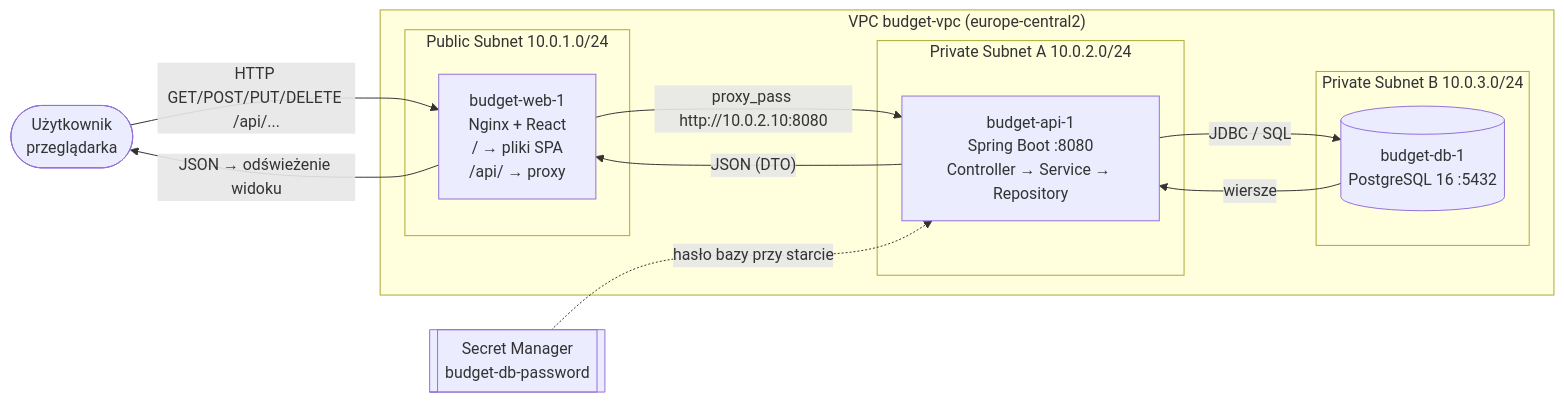
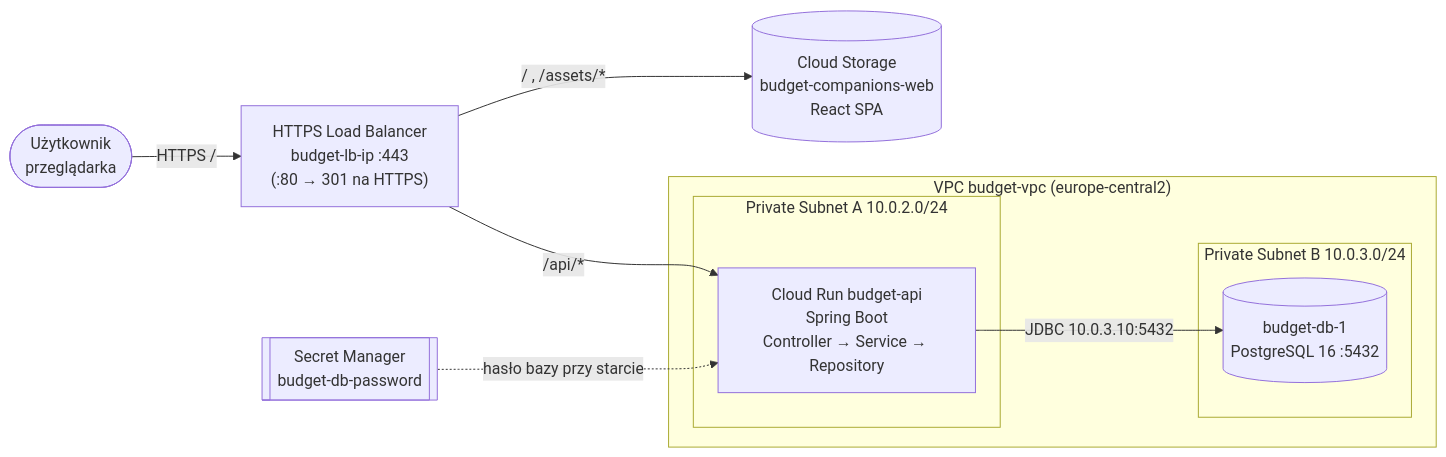
Before and after one commit to kaminskimarcin/budget-application: the first of 2 diagrams in README.md, drawn with Mermaid. The commit also changed other lines of this file and 5 other files, not shown here.

Commit message:
security: HTTPS load balancer, HTTP redirect, Cloud Run ingress, firewall rules table

````diff
--- a/README.md
+++ b/README.md
@@ -43,26 +43,23 @@
 ```mermaid
 flowchart LR
     U([Użytkownik<br/>przeglądarka])
+    LB["HTTPS Load Balancer<br/>budget-lb-ip :443<br/>(:80 → 301 na HTTPS)"]
+    B[("Cloud Storage<br/>budget-companions-web<br/>React SPA")]
 
     subgraph VPC["VPC budget-vpc (europe-central2)"]
-        subgraph WEB["Public Subnet 10.0.1.0/24"]
-            N["budget-web-1<br/>Nginx + React<br/>/ → pliki SPA<br/>/api/ → proxy"]
-        end
         subgraph API["Private Subnet A 10.0.2.0/24"]
-            S["budget-api-1<br/>Spring Boot :8080<br/>Controller → Service → Repository"]
+            S["Cloud Run budget-api<br/>Spring Boot<br/>Controller → Service → Repository"]
         end
         subgraph DB["Private Subnet B 10.0.3.0/24"]
             P[("budget-db-1<br/>PostgreSQL 16 :5432")]
         end
     end
 
     SM[[Secret Manager<br/>budget-db-password]]
 
-    U -- "HTTP GET/POST/PUT/DELETE /api/..." --> N
-    N -- "proxy_pass http://10.0.2.10:8080" --> S
-    S -- "JDBC / SQL" --> P
+    U -- "HTTPS /" --> LB
+    LB -- "/ , /assets/*" --> B
+    LB -- "/api/*" --> S
+    S -- "JDBC 10.0.3.10:5432" --> P
     SM -. "hasło bazy przy starcie" .-> S
-    P -- "wiersze" --> S
-    S -- "JSON (DTO)" --> N
-    N -- "JSON → odświeżenie widoku" --> U
 ```
````
